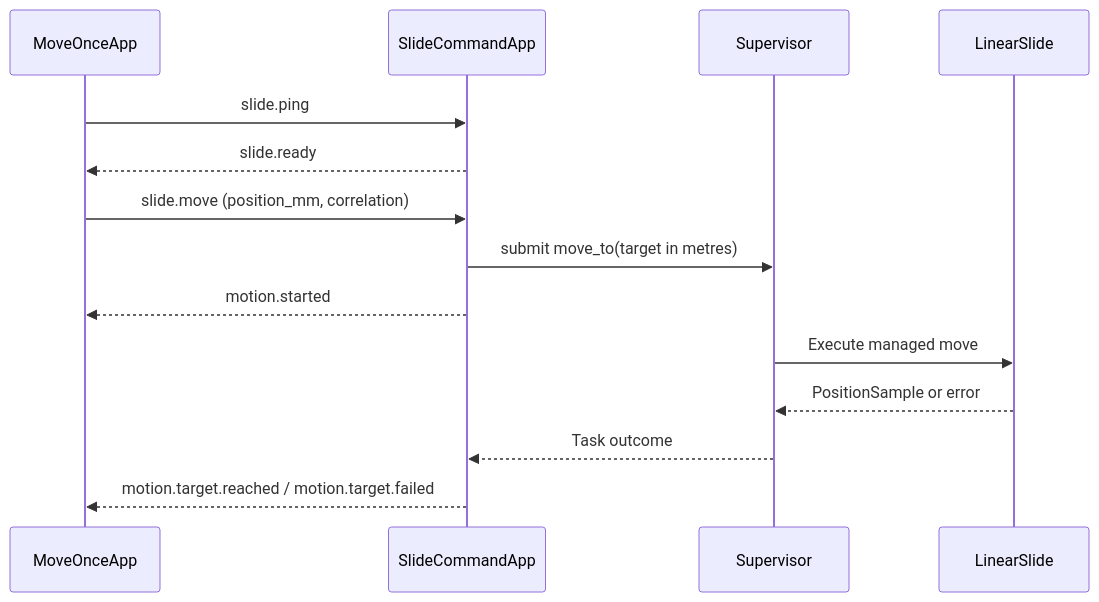
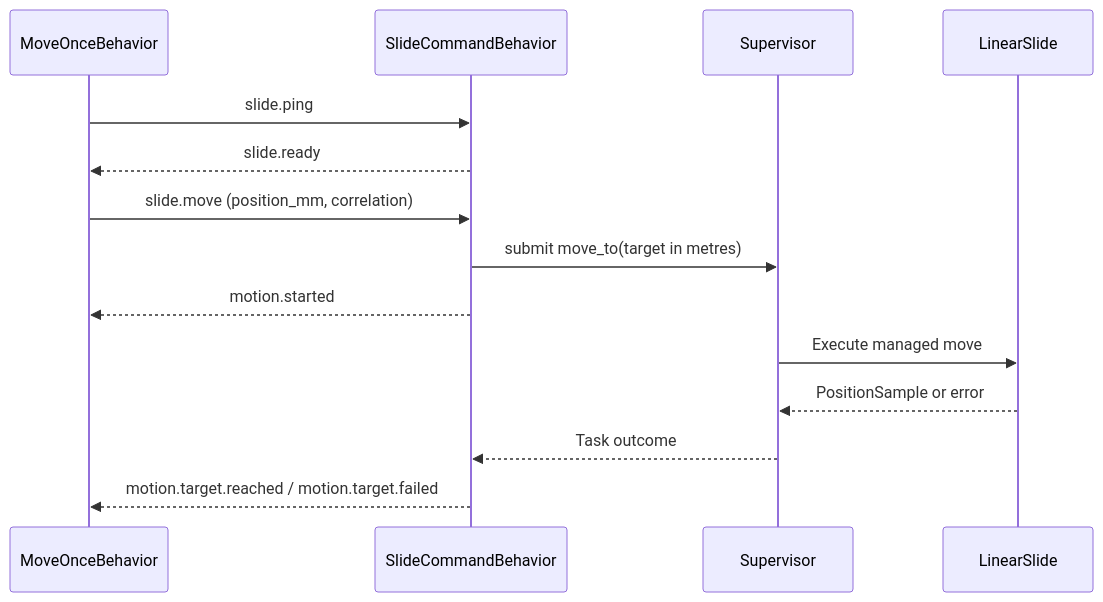
The diagram in docs/content/linear-slide.md (ROSMicroPy/RobotPrimitivesStack), drawn with Mermaid before and after one commit. The commit also changed other lines of this file and 569 other files, not shown here.

````diff
--- a/docs/content/linear-slide.md
+++ b/docs/content/linear-slide.md
@@ -7,16 +7,16 @@
 ```mermaid
 sequenceDiagram
-    participant Client as MoveOnceApp
-    participant App as SlideCommandApp
+    participant Client as MoveOnceBehavior
+    participant Behavior as SlideCommandBehavior
     participant Runtime as Supervisor
     participant Slide as LinearSlide
-    Client->>App: slide.ping
-    App-->>Client: slide.ready
-    Client->>App: slide.move (position_mm, correlation)
-    App->>Runtime: submit move_to(target in metres)
-    App-->>Client: motion.started
+    Client->>Behavior: slide.ping
+    Behavior-->>Client: slide.ready
+    Client->>Behavior: slide.move (position_mm, correlation)
+    Behavior->>Runtime: submit move_to(target in metres)
+    Behavior-->>Client: motion.started
     Runtime->>Slide: Execute managed move
     Slide-->>Runtime: PositionSample or error
-    Runtime-->>App: Task outcome
-    App-->>Client: motion.target.reached / motion.target.failed
+    Runtime-->>Behavior: Task outcome
+    Behavior-->>Client: motion.target.reached / motion.target.failed
 ```
````
